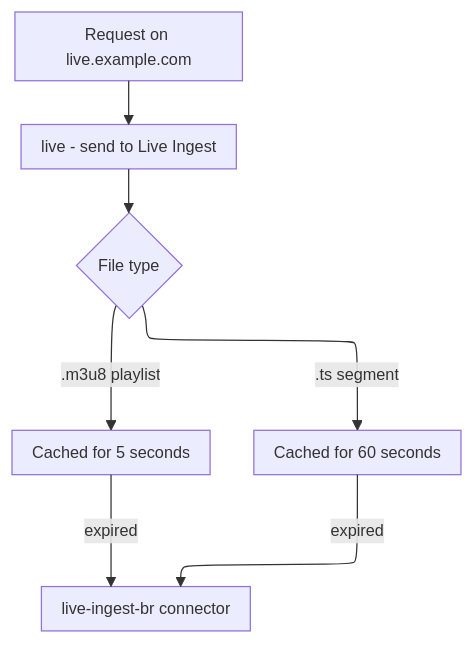
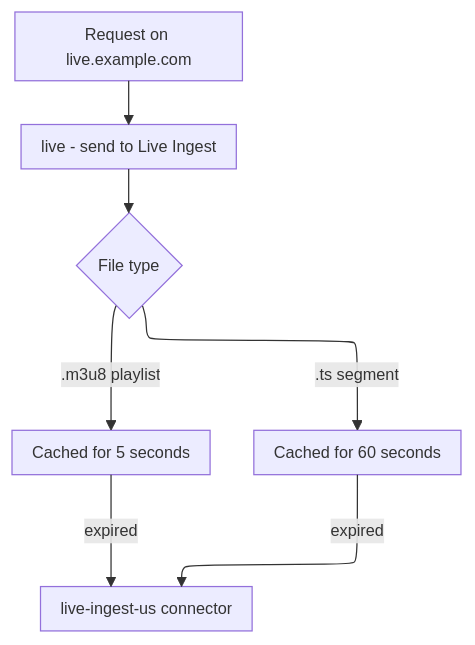
Before and after one commit to aziontech/docs: the second of 2 diagrams in apps/docs/src/content/docs/en/pages/use-cases/deliver-media-and-streaming/stream-live-events-to-large-audiences.mdx, drawn with Mermaid. The commit also changed other lines of this file and 95 other files, not shown here.

````diff
--- a/apps/docs/src/content/docs/en/pages/use-cases/deliver-media-and-streaming/stream-live-events-to-large-audiences.mdx
+++ b/apps/docs/src/content/docs/en/pages/use-cases/deliver-media-and-streaming/stream-live-events-to-large-audiences.mdx
@@ -104,10 +104,10 @@
 ```mermaid
 %%{init: {"layout": "elk", "themeVariables": {"fontSize": "13px"}, "flowchart": {"nodeSpacing": 24, "rankSpacing": 36, "padding": 8, "wrappingWidth": 150, "useMaxWidth": true}, "sequence": {"width": 120, "actorMargin": 30, "useMaxWidth": true}}}%%
 flowchart TD
   Req["Request on live.example.com"] --> Rule["live - send to Live Ingest"]
   Rule --> Kind{"File type"}
   Kind -->|".m3u8 playlist"| Short["Cached for 5 seconds"]
   Kind -->|".ts segment"| Long["Cached for 60 seconds"]
-  Short -->|"expired"| Conn["live-ingest-br connector"]
+  Short -->|"expired"| Conn["live-ingest-us connector"]
   Long -->|"expired"| Conn
 ```
````
